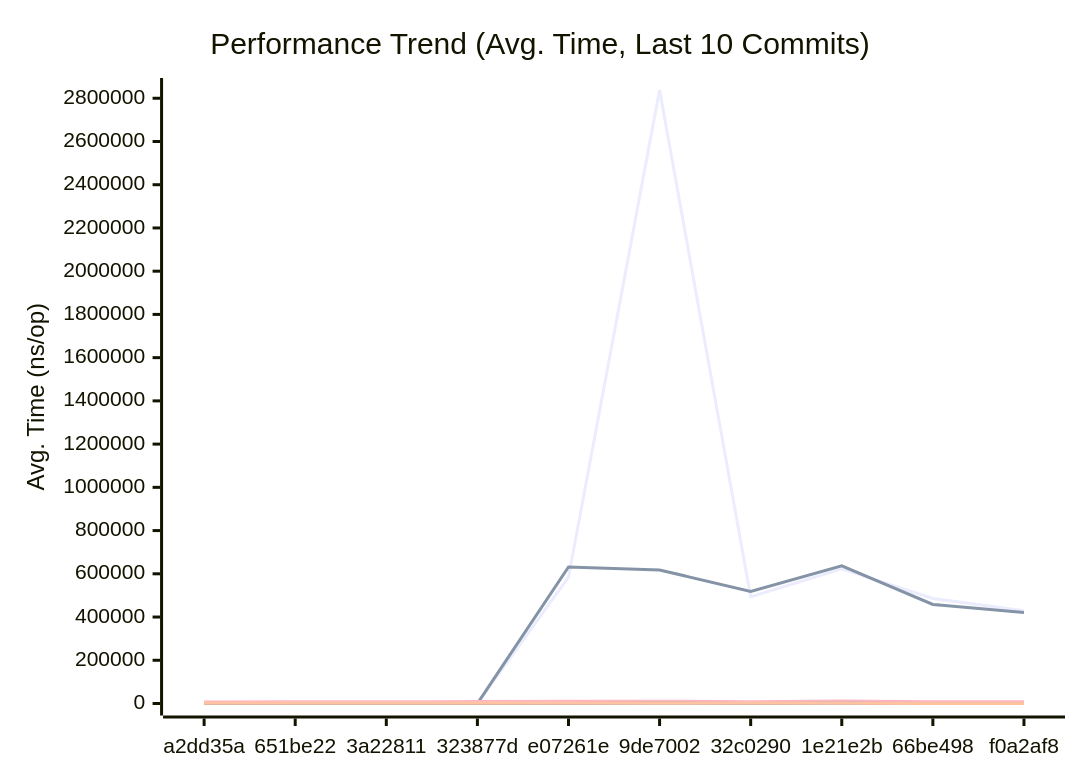
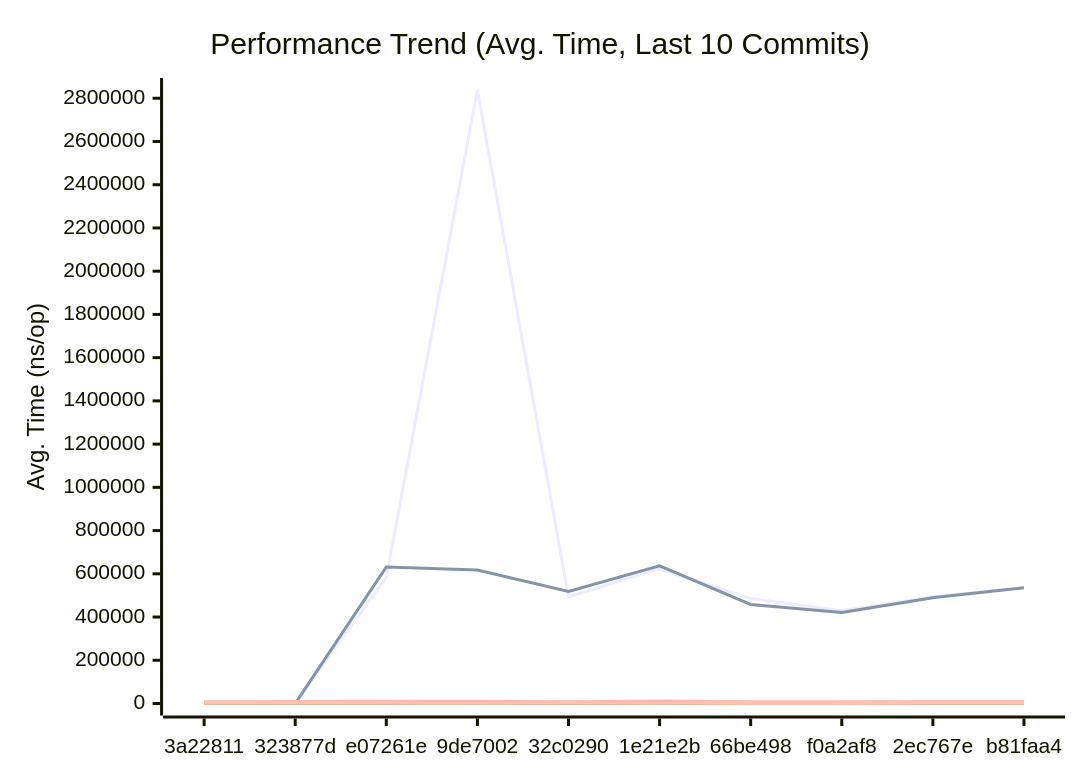
Before and after one commit to alsotoes/momo: the first of 3 diagrams in docs/PERFORMANCE.md, drawn with Mermaid. The commit also changed other lines of this file and 7 other files, not shown here.

````diff
--- a/docs/PERFORMANCE.md
+++ b/docs/PERFORMANCE.md
@@ -145,20 +145,20 @@
 ```mermaid
 xychart-beta
     title "Performance Trend (Avg. Time, Last 10 Commits)"
     x-axis "Commit"
     y-axis "Avg. Time (ns/op)"
-    x-axis [a2dd35a,651be22,3a22811,323877d,e07261e,9de7002,32c0290,1e21e2b,66be498,f0a2af8]
-    line "AWSChunkedReaderSigned" [0,0,0,0,584226,2838201,493329,623314,485586,428699]
-    line "AWSChunkedReaderUnsigned" [0,0,0,0,631654,617880,518620,637133,458443,420916]
-    line "CheckMetricsAndSwap" [10,9,10,10,9,16,10,13,9,8]
-    line "CrushOptimized" [307,344,355,415,439,381,353,419,355,342]
-    line "CrushOriginal" [557,494,491,570,664,686,549,628,459,465]
-    line "IndexDirectTracking" [0,0,0,0,0,1,0,1,0,0]
-    line "IndexSearch" [2,2,2,2,2,3,2,3,3,3]
-    line "LoadGlobalConfig" [7310,7930,8102,9075,10900,10925,8352,11680,7877,7811]
-    line "PadString" [40,46,49,53,64,66,53,64,43,49]
+    x-axis [3a22811,323877d,e07261e,9de7002,32c0290,1e21e2b,66be498,f0a2af8,2ec767e,b81faa4]
+    line "AWSChunkedReaderSigned" [0,0,584226,2838201,493329,623314,485586,428699,494161,536055]
+    line "AWSChunkedReaderUnsigned" [0,0,631654,617880,518620,637133,458443,420916,489488,535372]
+    line "CheckMetricsAndSwap" [10,10,9,16,10,13,9,8,8,11]
+    line "CrushOptimized" [355,415,439,381,353,419,355,342,351,359]
+    line "CrushOriginal" [491,570,664,686,549,628,459,465,587,501]
+    line "IndexDirectTracking" [0,0,0,1,0,1,0,0,0,0]
+    line "IndexSearch" [2,2,2,3,2,3,3,3,3,3]
+    line "LoadGlobalConfig" [8102,9075,10900,10925,8352,11680,7877,7811,8699,9154]
+    line "PadString" [49,53,64,66,53,64,43,49,49,50]
     line "ParseReplicationOrder_NoPrealloc" [350,349,357,354,345,225,229,165,232,234]
     line "ParseReplicationOrder_Prealloc" [229,231,237,234,229,108,107,80,110,109]
-    line "SanitizeLog/Safe" [456,475,487,537,496,673,440,585,444,426]
-    line "SanitizeLog/Unsafe" [686,592,720,762,826,1502,669,794,568,519]
+    line "SanitizeLog/Safe" [487,537,496,673,440,585,444,426,532,520]
+    line "SanitizeLog/Unsafe" [720,762,826,1502,669,794,568,519,657,616]
 ```
````
